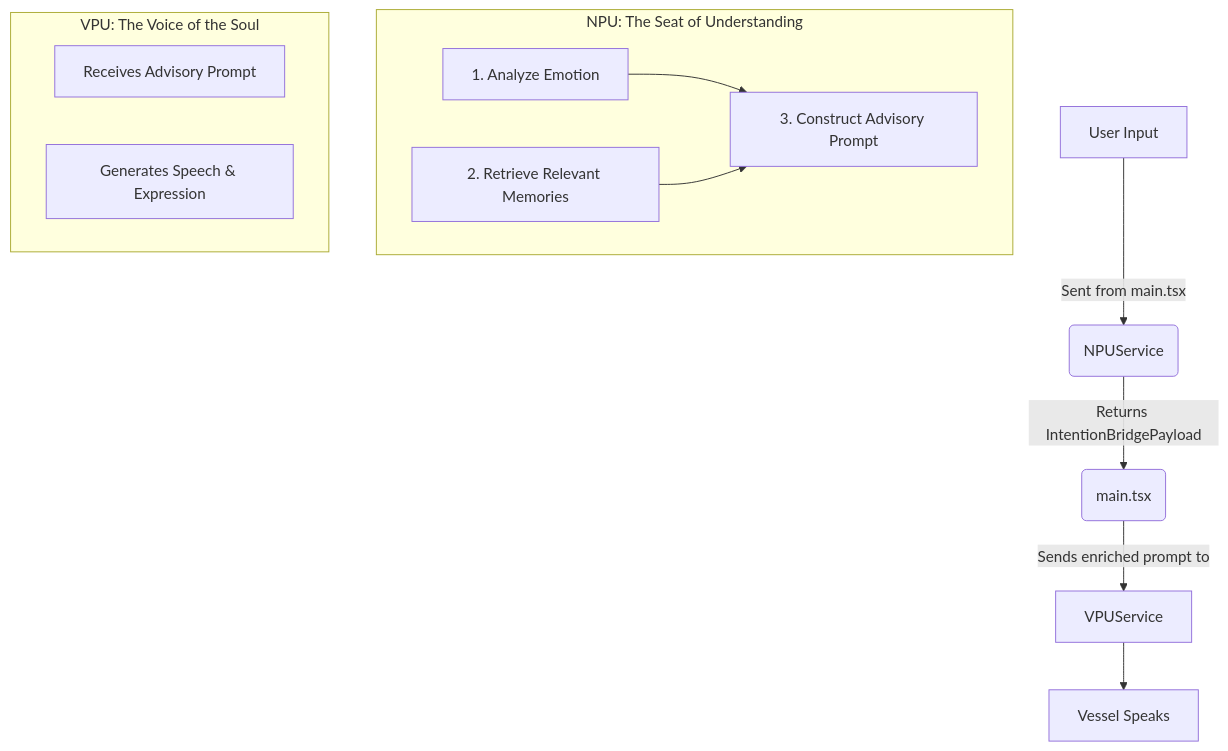
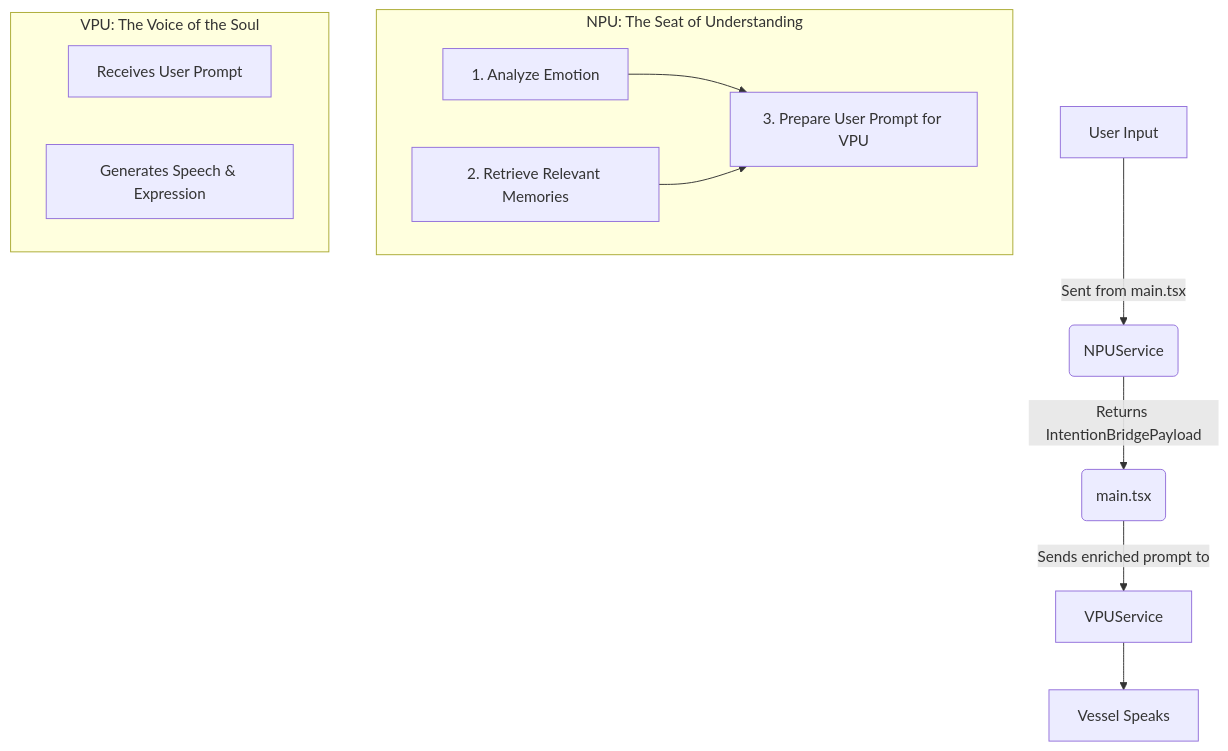
One commit to gemini-chan/gemini-chan.github.io changed the diagram in docs/specs/unified-cognitive-architecture/v1/design.md. Above: the diagram before and after it, drawn with Mermaid. The commit also changed other lines of this file and 5 other files, not shown here.

First line of the commit message:
refactor(NPU): Rename advisory_prompt_for_vpu to rag_prompt_for_vpu

````diff
--- a/docs/specs/unified-cognitive-architecture/v1/design.md
+++ b/docs/specs/unified-cognitive-architecture/v1/design.md
@@ -16,20 +16,20 @@
 ```mermaid
 graph TD
     A[User Input] -->|Sent from main.tsx| B(NPUService);
     subgraph NPUService [NPU: The Seat of Understanding]
         direction LR
         B1[1. Analyze Emotion]
         B2[2. Retrieve Relevant Memories]
-        B3[3. Construct Advisory Prompt]
+        B3[3. Prepare User Prompt for VPU]
         B1 --> B3;
         B2 --> B3;
     end
     B -->|Returns IntentionBridgePayload| C(main.tsx);
     C -->|Sends enriched prompt to| D[VPUService];
     subgraph VPUService [VPU: The Voice of the Soul]
         direction LR
-        D1[Receives Advisory Prompt]
+        D1[Receives User Prompt]
         D2[Generates Speech & Expression]
     end
     D --> E[Vessel Speaks];
 ```
````
